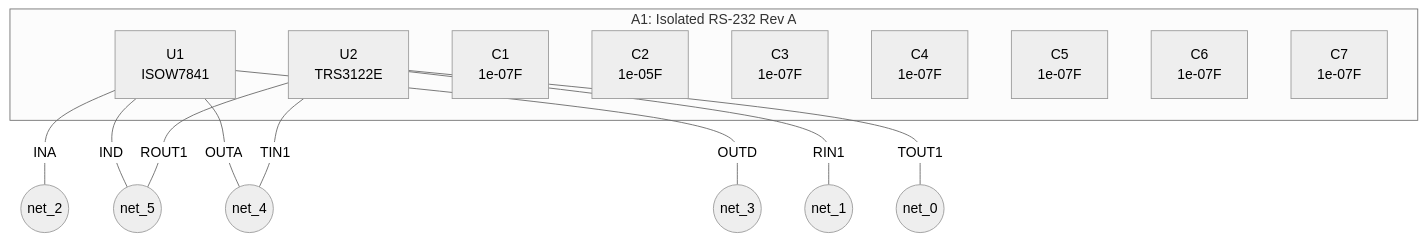
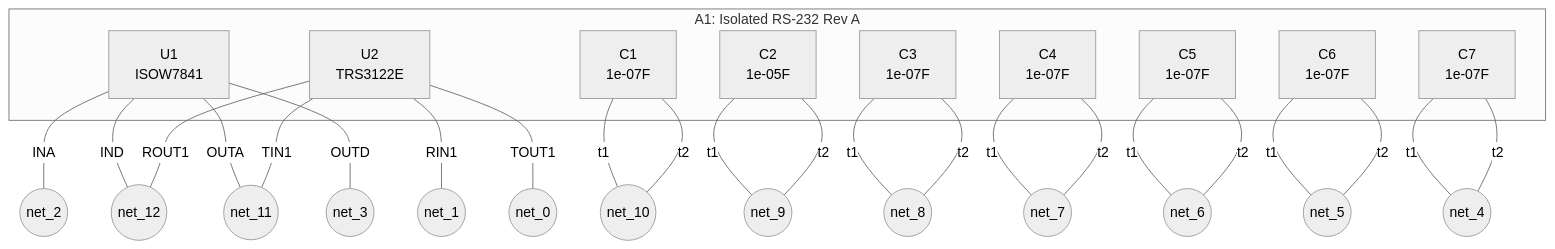
One commit to raeq/wirebench changed the diagram in demos/isolated_rs232/docs/IsolatedRS232Board.mmd. Above: the diagram before and after it, drawn with Mermaid. The commit also changed 114 other files, not shown here.

```diff
--- a/demos/isolated_rs232/docs/IsolatedRS232Board.mmd
+++ b/demos/isolated_rs232/docs/IsolatedRS232Board.mmd
@@ -1,27 +1,48 @@
 %%{init: {"theme": "neutral"}}%%
 flowchart TD
     subgraph A1["A1: Isolated RS-232 Rev A"]
         U1["U1<br/>ISOW7841"]
         U2["U2<br/>TRS3122E"]
         C1["C1<br/>1e-07F"]
         C2["C2<br/>1e-05F"]
         C3["C3<br/>1e-07F"]
         C4["C4<br/>1e-07F"]
         C5["C5<br/>1e-07F"]
         C6["C6<br/>1e-07F"]
         C7["C7<br/>1e-07F"]
     end
-    net_2(("net_2"))
+    net_10(("net_10"))
+    net_9(("net_9"))
+    net_8(("net_8"))
+    net_7(("net_7"))
+    net_6(("net_6"))
     net_5(("net_5"))
     net_4(("net_4"))
+    net_2(("net_2"))
+    net_12(("net_12"))
+    net_11(("net_11"))
     net_3(("net_3"))
     net_1(("net_1"))
     net_0(("net_0"))
+    C1 ---|"t1"| net_10
+    C1 ---|"t2"| net_10
+    C2 ---|"t1"| net_9
+    C2 ---|"t2"| net_9
+    C3 ---|"t1"| net_8
+    C3 ---|"t2"| net_8
+    C4 ---|"t1"| net_7
+    C4 ---|"t2"| net_7
+    C5 ---|"t1"| net_6
+    C5 ---|"t2"| net_6
+    C6 ---|"t1"| net_5
+    C6 ---|"t2"| net_5
+    C7 ---|"t1"| net_4
+    C7 ---|"t2"| net_4
     U1 ---|"INA"| net_2
-    U1 ---|"IND"| net_5
-    U1 ---|"OUTA"| net_4
+    U1 ---|"IND"| net_12
+    U1 ---|"OUTA"| net_11
     U1 ---|"OUTD"| net_3
     U2 ---|"RIN1"| net_1
-    U2 ---|"ROUT1"| net_5
-    U2 ---|"TIN1"| net_4
+    U2 ---|"ROUT1"| net_12
+    U2 ---|"TIN1"| net_11
     U2 ---|"TOUT1"| net_0
```
